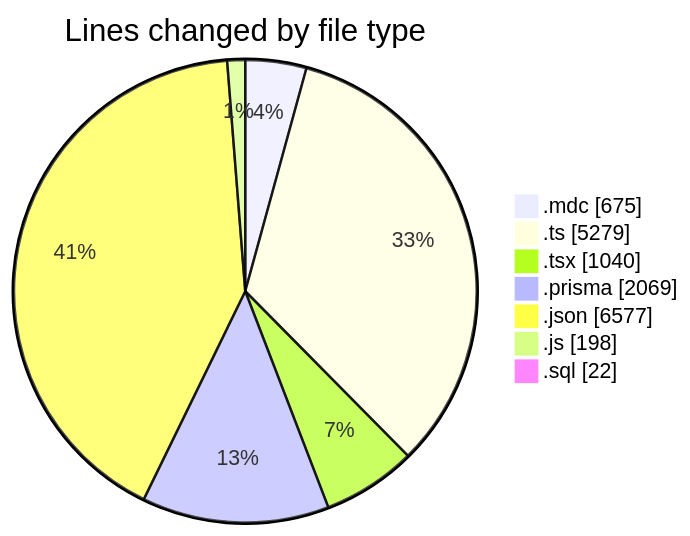
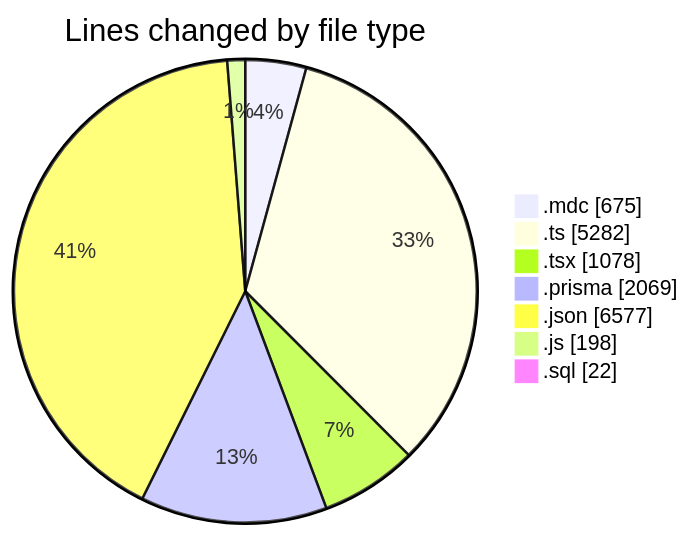
One commit to CELIANVF/code-tracking changed the first of 2 diagrams in 2025-06-05/ecodeli-1/README.md. Above: the diagram before and after it, drawn with Mermaid. The commit also changed other lines of this file and 1 other file, not shown here.

````diff
--- a/2025-06-05/ecodeli-1/README.md
+++ b/2025-06-05/ecodeli-1/README.md
@@ -46,11 +47,11 @@
 ```mermaid
 pie showData
 title Lines changed by file type
 ".mdc" : 675
-".ts" : 5279
-".tsx" : 1040
+".ts" : 5282
+".tsx" : 1078
 ".prisma" : 2069
 ".json" : 6577
 ".js" : 198
 ".sql" : 22
 ```
````
